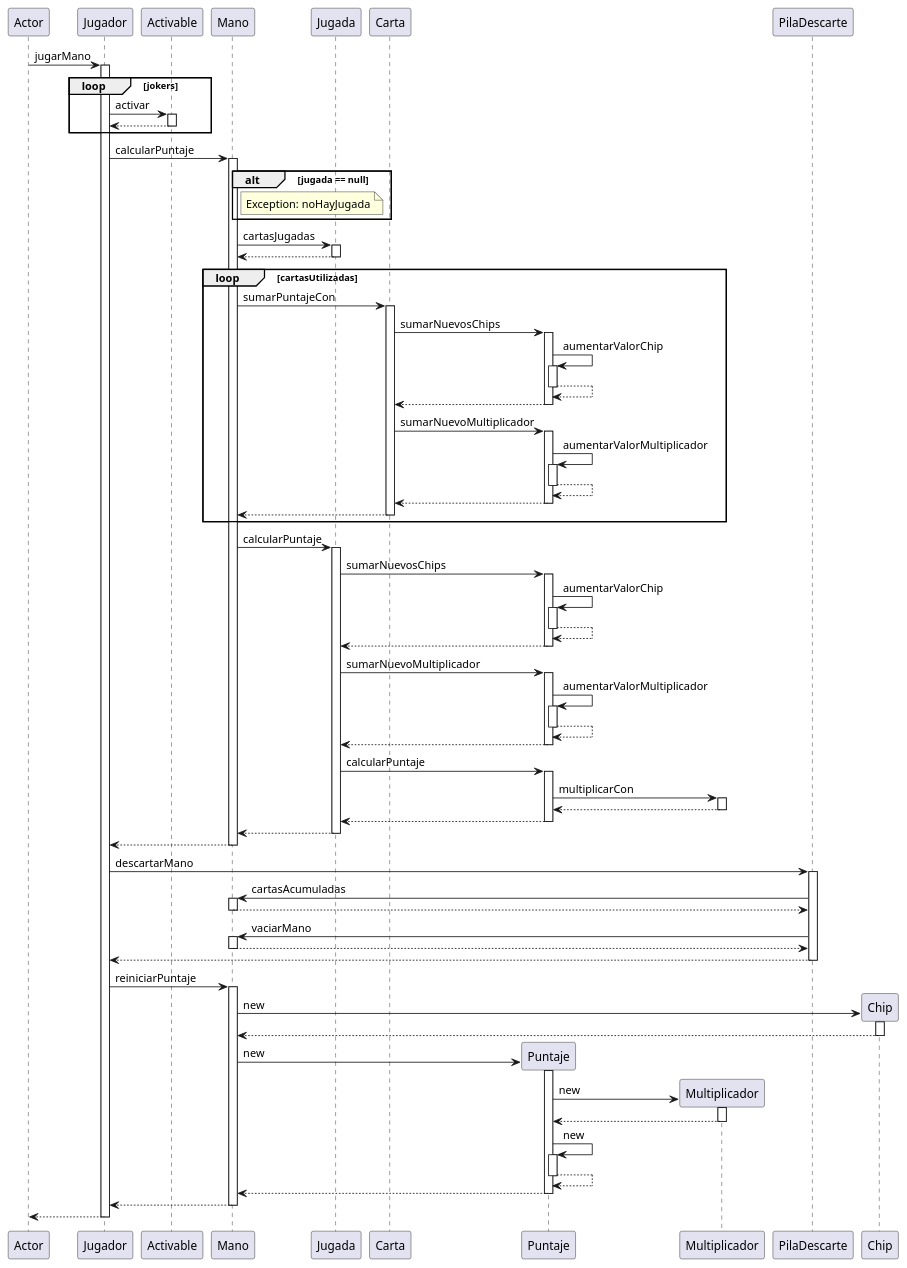
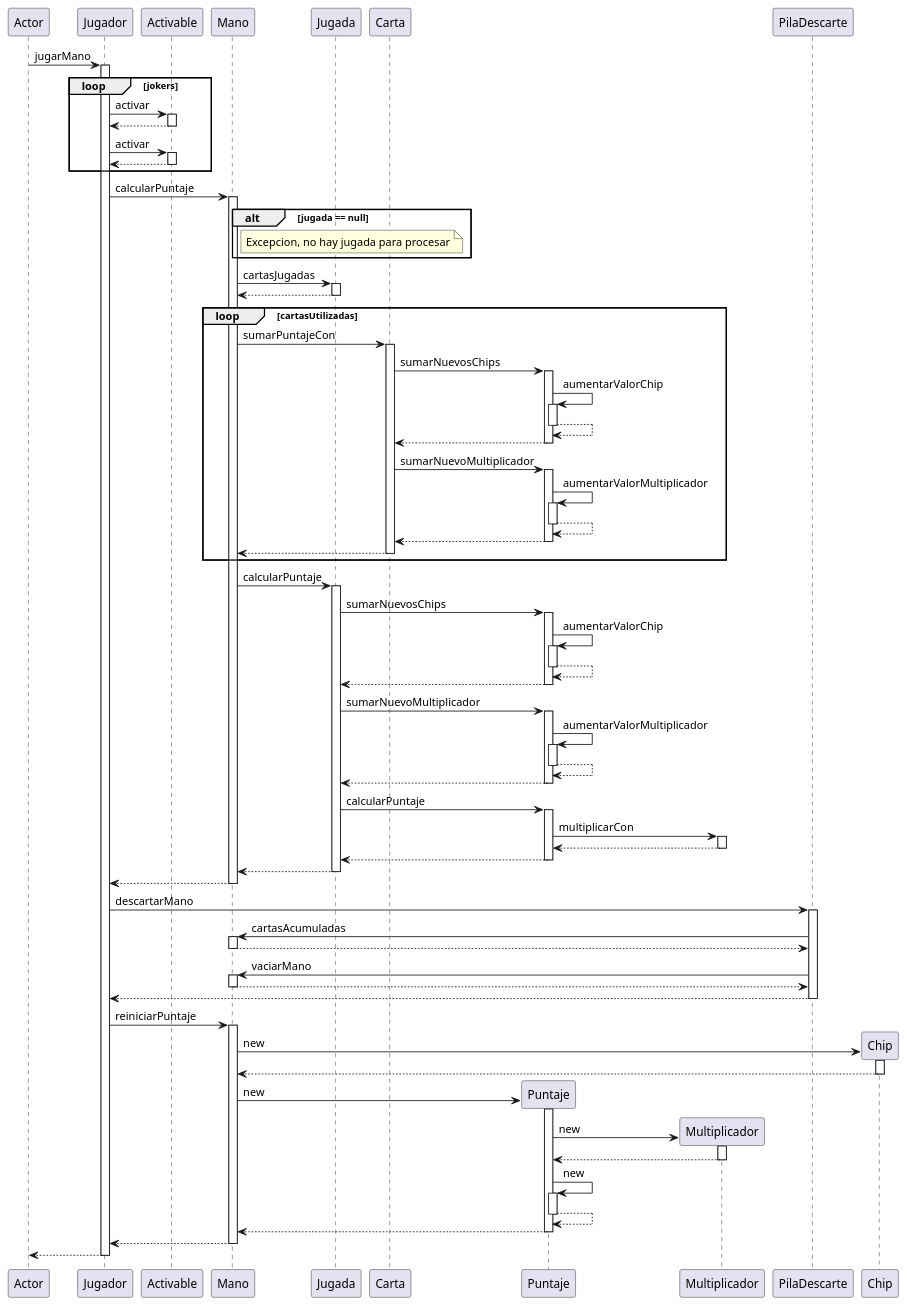
Before and after one commit to Cbonchan/Balatro: the diagram in diagrams/sequences/Jugador_jugarMano.puml, drawn with PlantUML. The commit also changed 2 other files, not shown here.

Commit message:
mas actualizaciones a diagramas

```diff
--- a/diagrams/sequences/Jugador_jugarMano.puml
+++ b/diagrams/sequences/Jugador_jugarMano.puml
@@ -1,108 +1,112 @@
 @startuml
 participant Actor
 Actor -> Jugador : jugarMano
 activate Jugador
 loop jokers
 Jugador -> Activable : activar
 activate Activable
 Activable --> Jugador
 deactivate Activable
+Jugador -> Activable : activar
+activate Activable
+Activable --> Jugador
+deactivate Activable
 end
 Jugador -> Mano : calcularPuntaje
 activate Mano
 alt jugada == null
-note right of Mano : Exception: noHayJugada
+note right of Mano : Excepcion, no hay jugada para procesar
 end
 Mano -> Jugada : cartasJugadas
 activate Jugada
 Jugada --> Mano
 deactivate Jugada
 loop cartasUtilizadas
 Mano -> Carta : sumarPuntajeCon
 activate Carta
 Carta -> Puntaje : sumarNuevosChips
 activate Puntaje
 Puntaje -> Puntaje : aumentarValorChip
 activate Puntaje
 Puntaje --> Puntaje
 deactivate Puntaje
 Puntaje --> Carta
 deactivate Puntaje
 Carta -> Puntaje : sumarNuevoMultiplicador
 activate Puntaje
 Puntaje -> Puntaje : aumentarValorMultiplicador
 activate Puntaje
 Puntaje --> Puntaje
 deactivate Puntaje
 Puntaje --> Carta
 deactivate Puntaje
 Carta --> Mano
 deactivate Carta
 end
 Mano -> Jugada : calcularPuntaje
 activate Jugada
 Jugada -> Puntaje : sumarNuevosChips
 activate Puntaje
 Puntaje -> Puntaje : aumentarValorChip
 activate Puntaje
 Puntaje --> Puntaje
 deactivate Puntaje
 Puntaje --> Jugada
 deactivate Puntaje
 Jugada -> Puntaje : sumarNuevoMultiplicador
 activate Puntaje
 Puntaje -> Puntaje : aumentarValorMultiplicador
 activate Puntaje
 Puntaje --> Puntaje
 deactivate Puntaje
 Puntaje --> Jugada
 deactivate Puntaje
 Jugada -> Puntaje : calcularPuntaje
 activate Puntaje
 Puntaje -> Multiplicador : multiplicarCon
 activate Multiplicador
 Multiplicador --> Puntaje
 deactivate Multiplicador
 Puntaje --> Jugada
 deactivate Puntaje
 Jugada --> Mano
 deactivate Jugada
 Mano --> Jugador
 deactivate Mano
 Jugador -> PilaDescarte : descartarMano
 activate PilaDescarte
 PilaDescarte -> Mano : cartasAcumuladas
 activate Mano
 Mano --> PilaDescarte
 deactivate Mano
 PilaDescarte -> Mano : vaciarMano
 activate Mano
 Mano --> PilaDescarte
 deactivate Mano
 PilaDescarte --> Jugador
 deactivate PilaDescarte
 Jugador -> Mano : reiniciarPuntaje
 activate Mano
 create Chip
 Mano -> Chip : new
 activate Chip
 Chip --> Mano
 deactivate Chip
 create Puntaje
 Mano -> Puntaje : new
 activate Puntaje
 create Multiplicador
 Puntaje -> Multiplicador : new
 activate Multiplicador
 Multiplicador --> Puntaje
 deactivate Multiplicador
 Puntaje -> Puntaje : new
 activate Puntaje
 Puntaje --> Puntaje
 deactivate Puntaje
 Puntaje --> Mano
 deactivate Puntaje
 Mano --> Jugador
 deactivate Mano
 return
 @enduml
```
